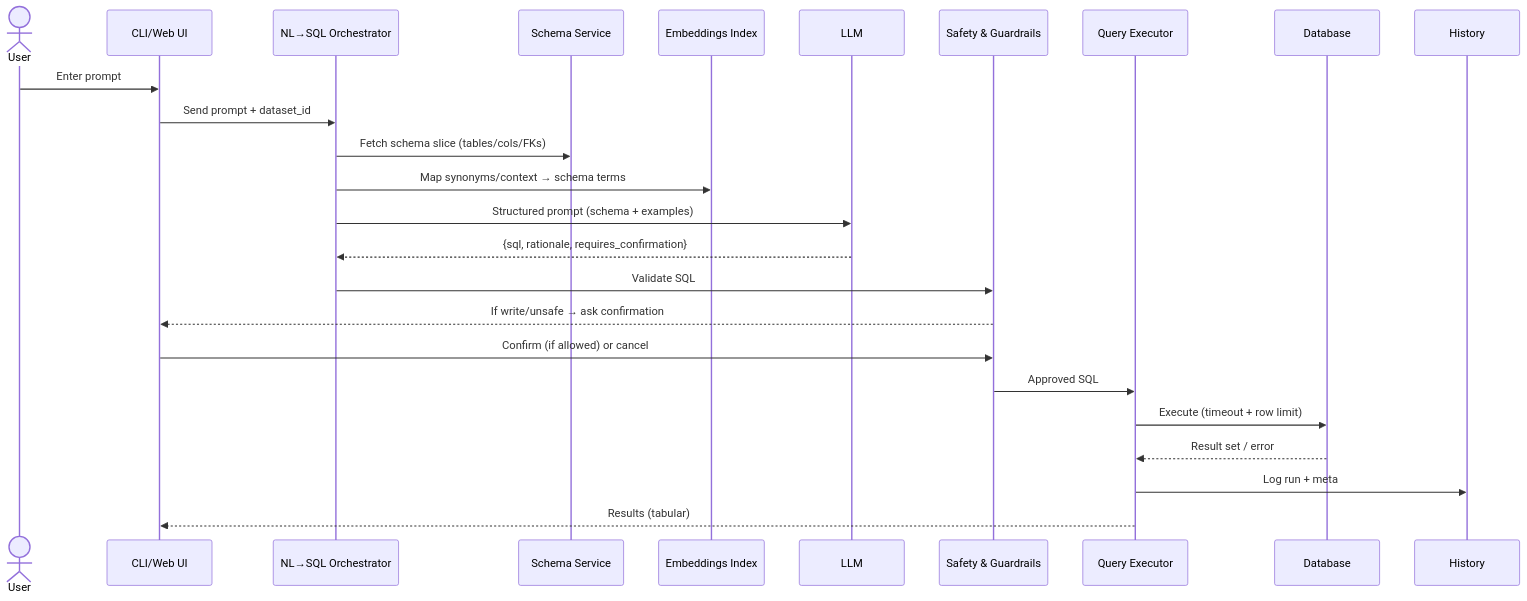
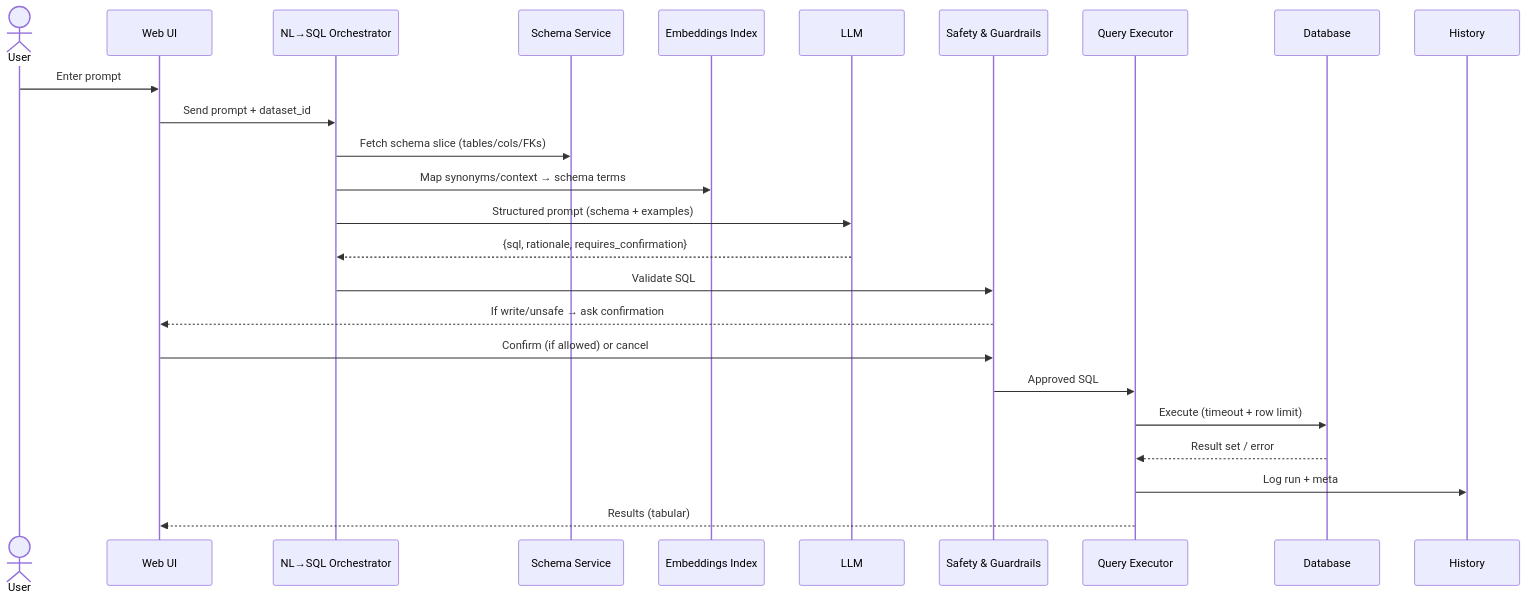
One commit to ayalkaabia/AskDB-Backend changed the second of 3 diagrams in ARCHITECTURE.md. Above: the diagram before and after it, drawn with Mermaid. The commit also changed other lines of this file, not shown here.

Commit message:
updated ARCHITECTURE file

````diff
--- a/ARCHITECTURE.md
+++ b/ARCHITECTURE.md
@@ -142,28 +147,28 @@
 ```mermaid
 sequenceDiagram
   actor U as User
-  participant UI as CLI/Web UI
+  participant WEB as Web UI
   participant NLQ as NL→SQL Orchestrator
   participant SG as Schema Service
   participant EMB as Embeddings Index
   participant L as LLM
   participant SAFE as Safety & Guardrails
   participant QE as Query Executor
   participant DB as Database
   participant HX as History
 
-  U->>UI: Enter prompt
-  UI->>NLQ: Send prompt + dataset_id
+  U->>WEB: Enter prompt
+  WEB->>NLQ: Send prompt + dataset_id
   NLQ->>SG: Fetch schema slice (tables/cols/FKs)
   NLQ->>EMB: Map synonyms/context → schema terms
   NLQ->>L: Structured prompt (schema + examples)
   L-->>NLQ: {sql, rationale, requires_confirmation}
   NLQ->>SAFE: Validate SQL
-  SAFE-->>UI: If write/unsafe → ask confirmation
-  UI->>SAFE: Confirm (if allowed) or cancel
+  SAFE-->>WEB: If write/unsafe → ask confirmation
+  WEB->>SAFE: Confirm (if allowed) or cancel
   SAFE->>QE: Approved SQL
   QE->>DB: Execute (timeout + row limit)
   DB-->>QE: Result set / error
   QE->>HX: Log run + meta
-  QE-->>UI: Results (tabular)
+  QE-->>WEB: Results (tabular)
 ```
````
